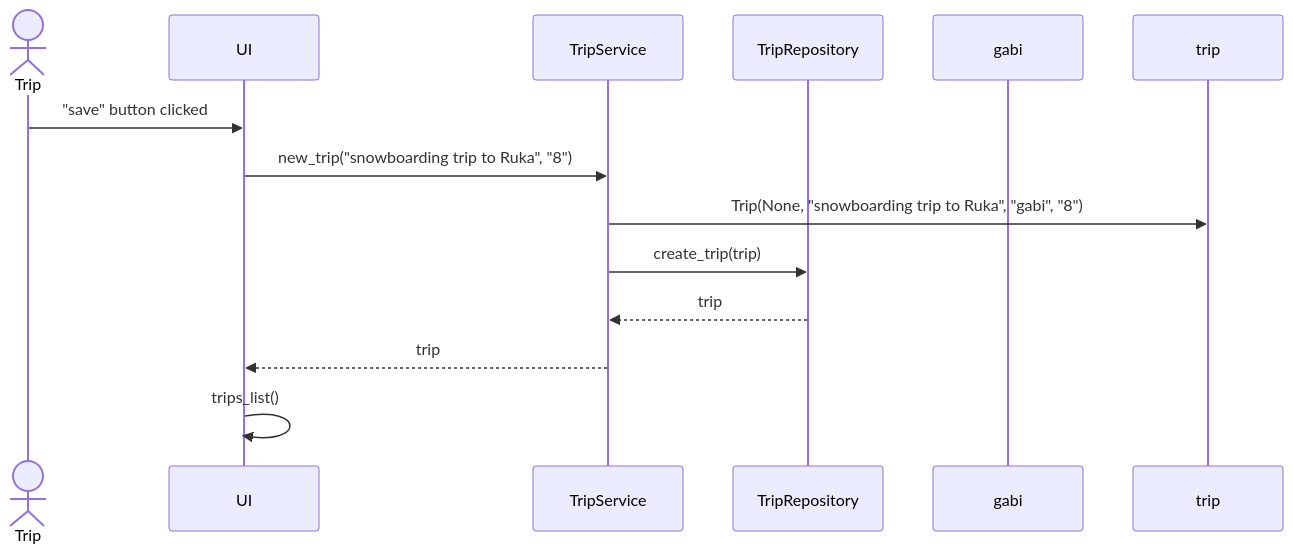
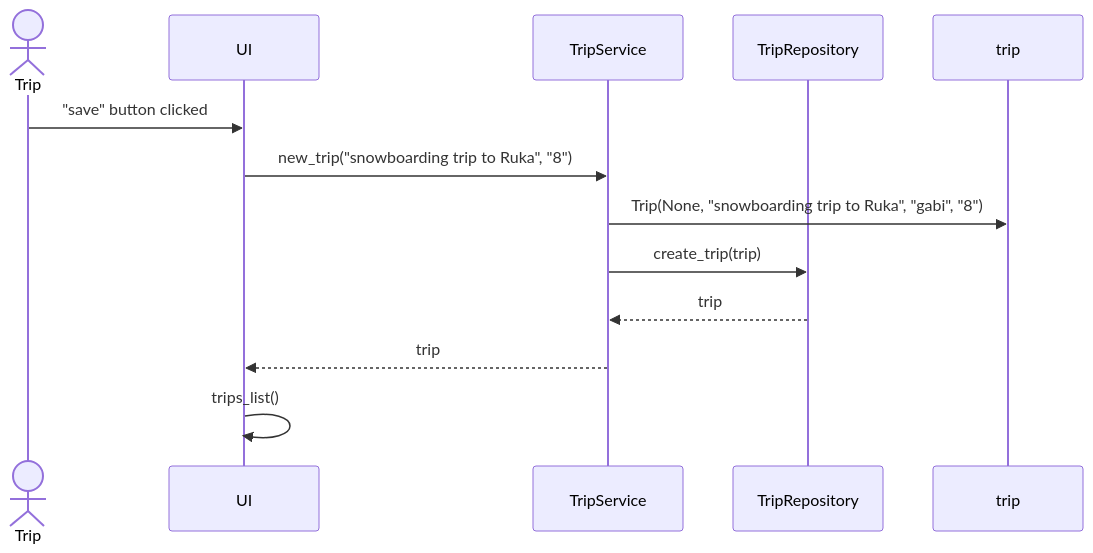
Before and after one commit to gabikakol/ot-exercise: the fourth of 7 diagrams in travel-budget-app/documentation/architecture.md, drawn with Mermaid. The commit also changed other lines of this file, not shown here.

Commit message:
stats diagrams done

````diff
--- a/travel-budget-app/documentation/architecture.md
+++ b/travel-budget-app/documentation/architecture.md
@@ -112,15 +115,15 @@
 ```mermaid
 sequenceDiagram
   actor Trip
   participant UI
   participant TripService
   participant TripRepository
-  participant gabi
+  participant trip
   Trip->>UI: "save" button clicked
   UI->>TripService: new_trip("snowboarding trip to Ruka", "8")
   TripService->>trip: Trip(None, "snowboarding trip to Ruka", "gabi", "8")
   TripService->>TripRepository: create_trip(trip)
   TripRepository-->>TripService: trip
   TripService-->>UI: trip
   UI->>UI: trips_list()
 ```
````
